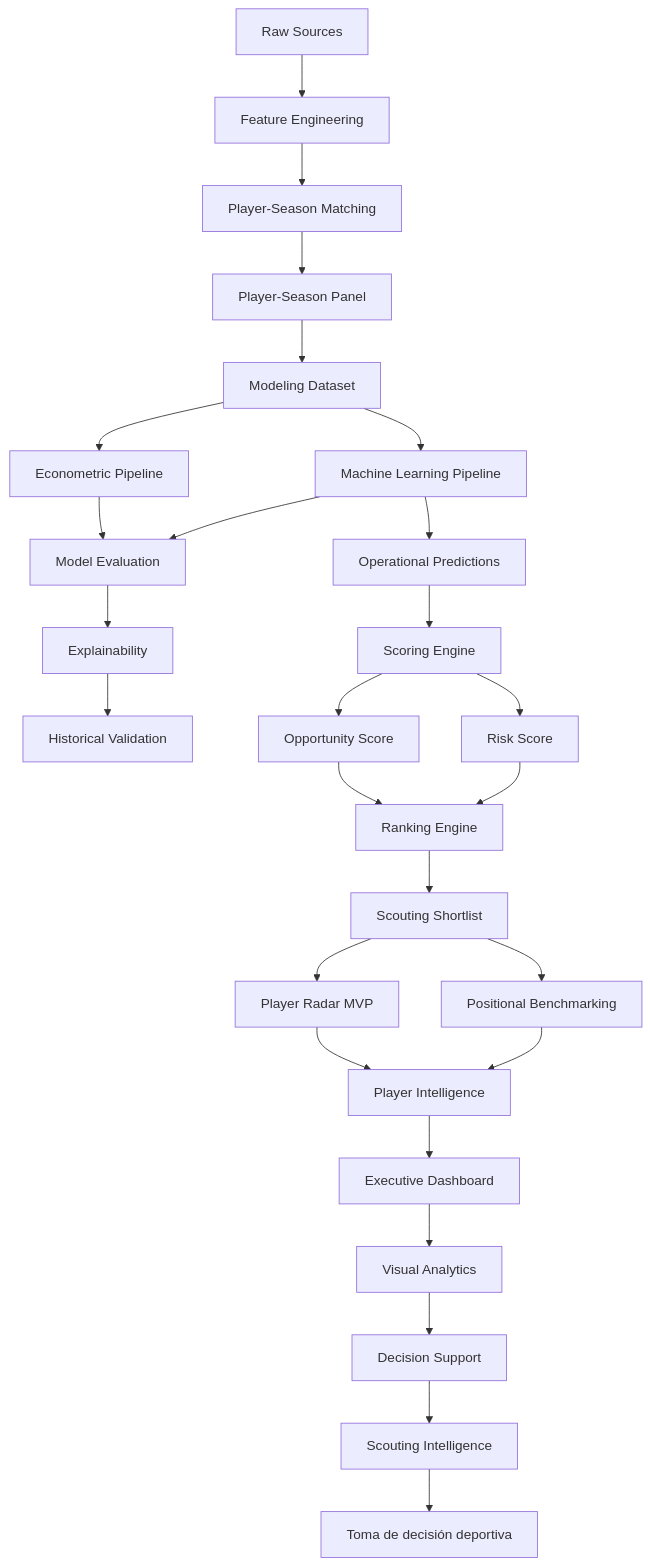
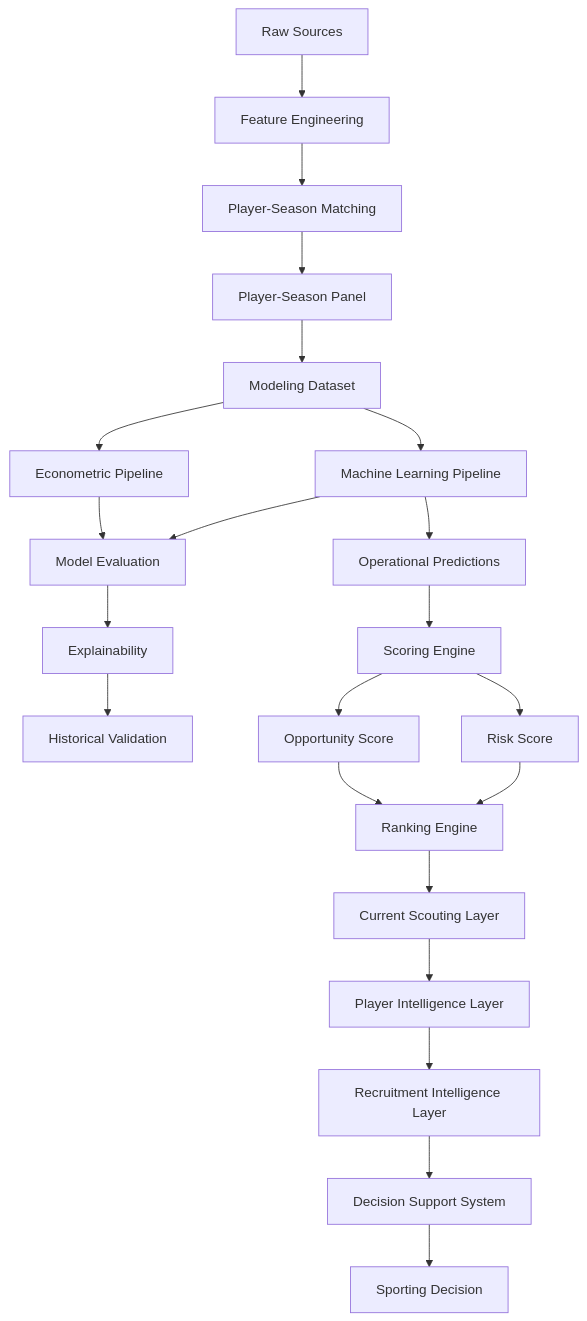
One commit to manuelpeba/market-value-football-tfm changed the diagram in docs/architecture.md. Above: the diagram before and after it, drawn with Mermaid. The commit also changed other lines of this file and 5 other files, not shown here.

Commit message:
docs: update documentation for v1.1.0 recruitment intelligence and DSS

````diff
--- a/docs/architecture.md
+++ b/docs/architecture.md
@@ -47,45 +48,41 @@
 ```mermaid
 flowchart TD
 
 A[Raw Sources] --> B[Feature Engineering]
+
 B --> C[Player-Season Matching]
+
 C --> D[Player-Season Panel]
+
 D --> E[Modeling Dataset]
 
 E --> F[Econometric Pipeline]
 E --> G[Machine Learning Pipeline]
 
 F --> H[Model Evaluation]
 G --> H
 
 H --> I[Explainability]
+
 I --> J[Historical Validation]
 
 G --> K[Operational Predictions]
 
 K --> L[Scoring Engine]
 
 L --> M[Opportunity Score]
 L --> N[Risk Score]
 
 M --> O[Ranking Engine]
 N --> O
 
-O --> P[Scouting Shortlist]
+O --> P[Current Scouting Layer]
 
-P --> Q[Player Radar MVP]
-P --> R[Positional Benchmarking]
+P --> Q[Player Intelligence Layer]
 
-Q --> S[Player Intelligence]
-R --> S
+Q --> R[Recruitment Intelligence Layer]
 
-S --> T[Executive Dashboard]
+R --> S[Decision Support System]
 
-T --> U[Visual Analytics]
-
-U --> V[Decision Support]
-
-V --> W[Scouting Intelligence]
-
-W --> X[Toma de decisión deportiva]
+S --> T[Sporting Decision]
 ```
````
